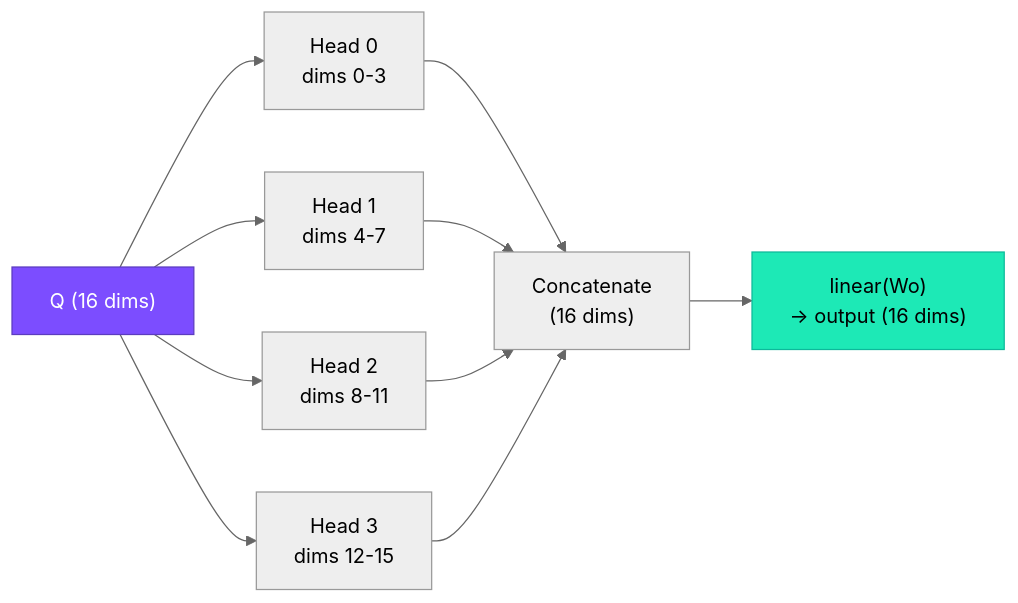
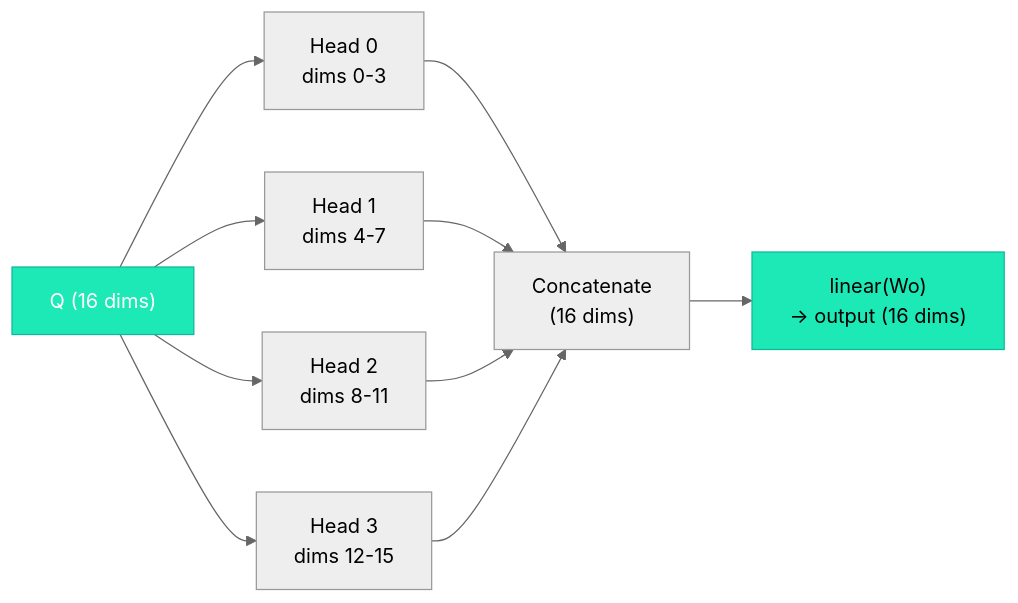
The diagram in docs/03-the-architecture/06-multi-head-attention.md (iamkhalid2/microgpt-course), drawn with Mermaid (neutral theme) before and after one commit. The commit also changed 23 other files, not shown here.

````diff
--- a/docs/03-the-architecture/06-multi-head-attention.md
+++ b/docs/03-the-architecture/06-multi-head-attention.md
@@ -17,15 +17,15 @@
 ```mermaid
 flowchart LR
     Q["Q (16 dims)"] --> H0["Head 0\ndims 0-3"]
     Q --> H1["Head 1\ndims 4-7"]
     Q --> H2["Head 2\ndims 8-11"]
     Q --> H3["Head 3\ndims 12-15"]
     H0 --> CAT["Concatenate\n(16 dims)"]
     H1 --> CAT
     H2 --> CAT
     H3 --> CAT
     CAT --> WO["linear(Wo)\n→ output (16 dims)"]
 
-    style Q fill:#7c4dff,stroke:#5c3cbf,color:#fff
+    style Q fill:#1de9b6,stroke:#0db99a,color:#fff
     style WO fill:#1de9b6,stroke:#0db99a,color:#000
 ```
````
